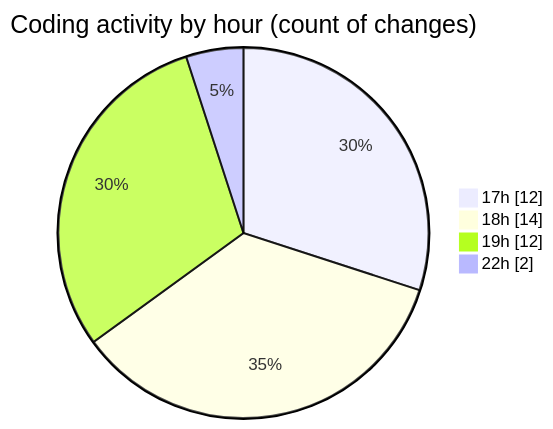
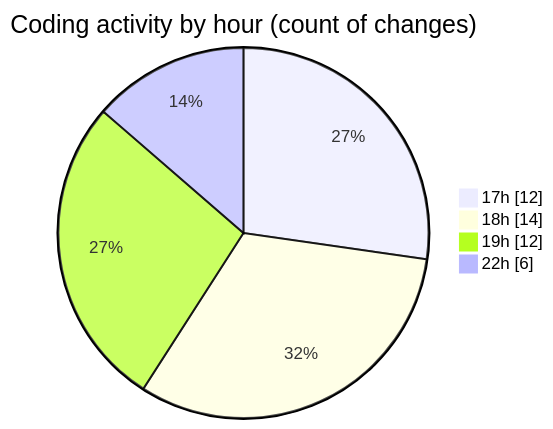
One commit to donsfak/code-tracking changed the second of 2 diagrams in 2025-02-16/uber_clone/README.md. Above: the diagram before and after it, drawn with Mermaid. The commit also changed other lines of this file and 1 other file, not shown here.

````diff
--- a/2025-02-16/uber_clone/README.md
+++ b/2025-02-16/uber_clone/README.md
@@ -42,8 +42,8 @@
 ```mermaid
 pie showData
 title Coding activity by hour (count of changes)
 "17h" : 12
 "18h" : 14
 "19h" : 12
-"22h" : 2
+"22h" : 6
 ```
````
